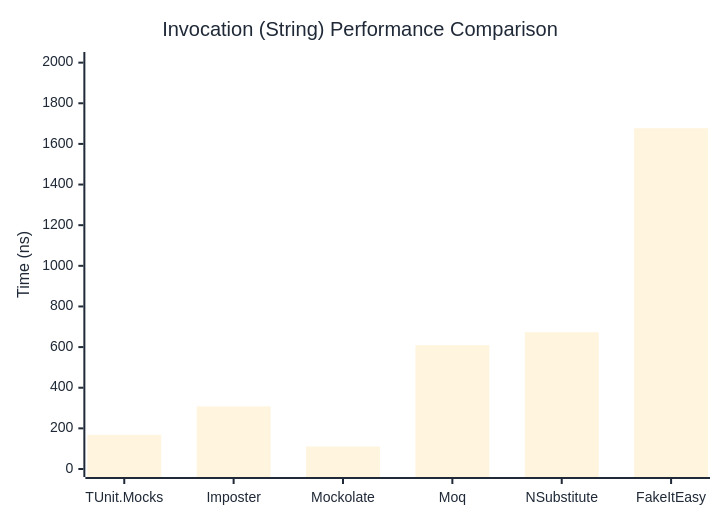
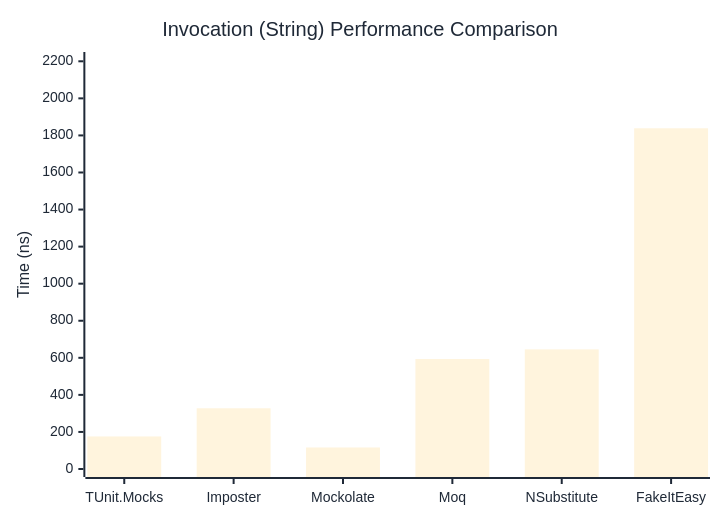
Before and after one commit to thomhurst/TUnit: the second of 3 diagrams in docs/docs/benchmarks/mocks/Invocation.md, drawn with Mermaid. The commit also changed other lines of this file and 14 other files, not shown here.

````diff
--- a/docs/docs/benchmarks/mocks/Invocation.md
+++ b/docs/docs/benchmarks/mocks/Invocation.md
@@ -71,27 +71,27 @@
 ```mermaid
 %%{init: {
   'theme':'base',
   'themeVariables': {
     'primaryColor': '#2563eb',
     'primaryTextColor': '#1f2937',
     'primaryBorderColor': '#1e40af',
     'lineColor': '#6b7280',
     'secondaryColor': '#7c3aed',
     'tertiaryColor': '#dc2626',
     'background': '#ffffff',
     'pie1': '#2563eb',
     'pie2': '#7c3aed',
     'pie3': '#dc2626',
     'pie4': '#f59e0b',
     'pie5': '#10b981',
     'pie6': '#06b6d4',
     'pie7': '#ec4899',
     'pie8': '#6366f1'
   }
 }}%%
 xychart-beta
   title "Invocation (String) Performance Comparison"
   x-axis ["TUnit.Mocks", "Imposter", "Mockolate", "Moq", "NSubstitute", "FakeItEasy"]
-  y-axis "Time (ns)" 0 --> 2013
-  bar [168.3, 308, 110.7, 609.5, 673.2, 1677.4]
+  y-axis "Time (ns)" 0 --> 2207
+  bar [175.6, 327.6, 116.1, 593.5, 645.6, 1838.6]
 ```
````
